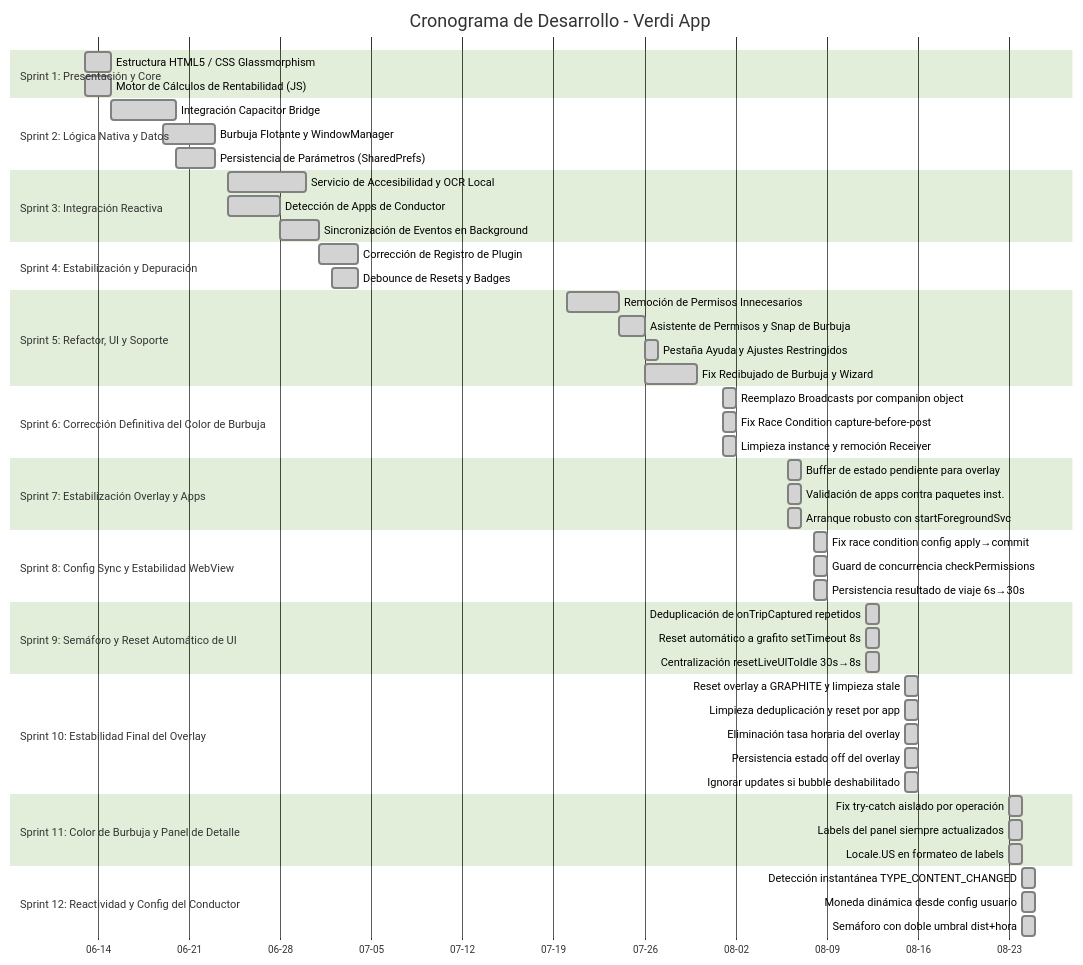
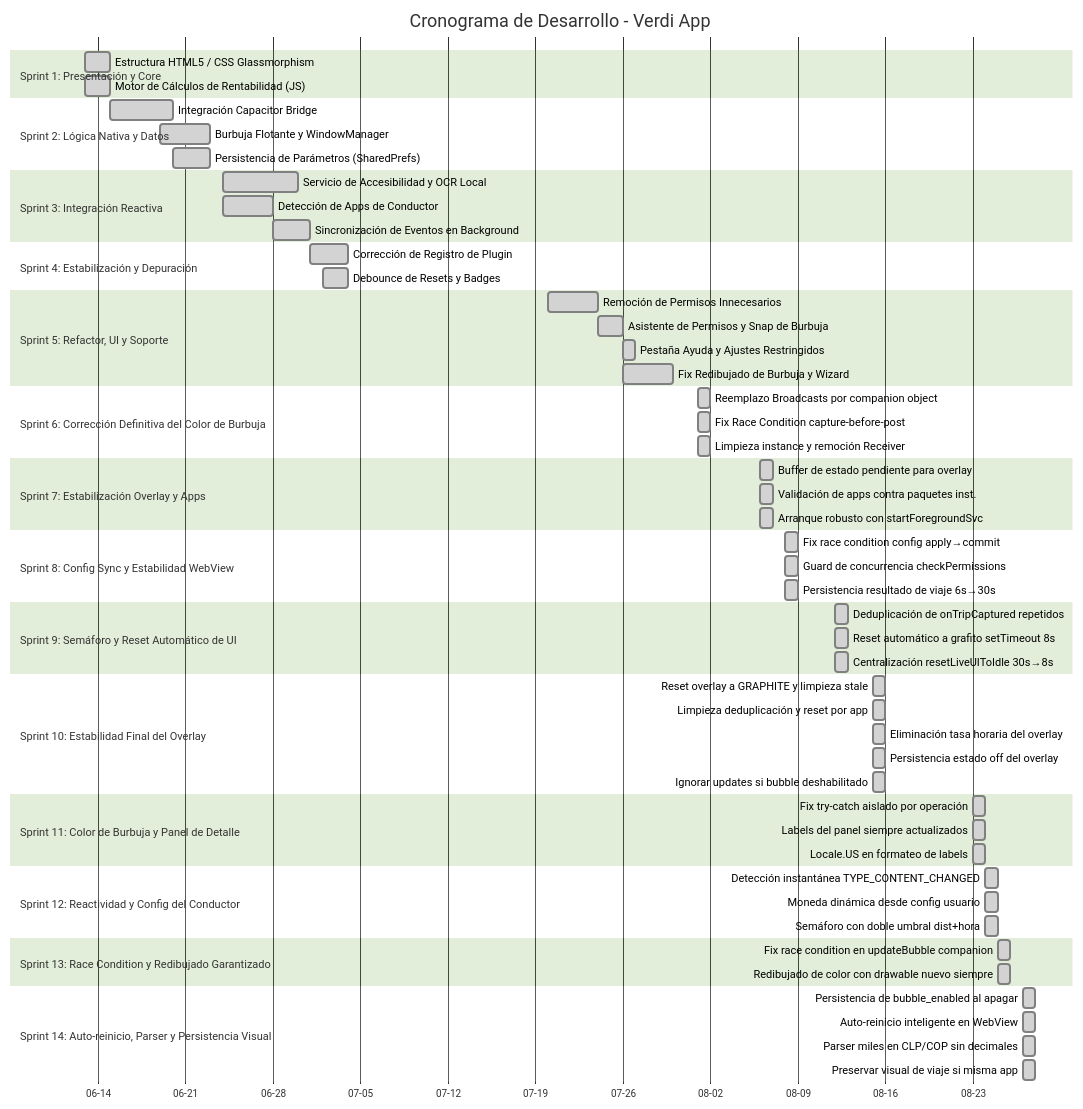
One commit to JorgeFreire95/Verdi changed the diagram in CRONOGRAMA_DESARROLLO.md. Above: the diagram before and after it, drawn with Mermaid (forest theme). The commit also changed other lines of this file and 5 other files, not shown here.

````diff
--- a/CRONOGRAMA_DESARROLLO.md
+++ b/CRONOGRAMA_DESARROLLO.md
@@ -11,67 +11,77 @@
 ```mermaid
 gantt
     title Cronograma de Desarrollo - Verdi App
     dateFormat  YYYY-MM-DD
     axisFormat  %m-%d
     
     section Sprint 1: Presentación y Core
     Estructura HTML5 / CSS Glassmorphism     :done, s1a, 2026-06-13, 2d
     Motor de Cálculos de Rentabilidad (JS)   :done, s1b, 2026-06-13, 2d
     
     section Sprint 2: Lógica Nativa y Datos
     Integración Capacitor Bridge             :done, s2a, 2026-06-15, 5d
     Burbuja Flotante y WindowManager         :done, s2b, 2026-06-19, 4d
     Persistencia de Parámetros (SharedPrefs) :done, s2c, 2026-06-20, 3d
     
     section Sprint 3: Integración Reactiva
     Servicio de Accesibilidad y OCR Local    :done, s3a, 2026-06-24, 6d
     Detección de Apps de Conductor           :done, s3b, 2026-06-24, 4d
     Sincronización de Eventos en Background  :done, s3c, 2026-06-28, 3d
     
     section Sprint 4: Estabilización y Depuración
     Corrección de Registro de Plugin         :done, s4a, 2026-07-01, 3d
     Debounce de Resets y Badges              :done, s4b, 2026-07-02, 2d
     
     section Sprint 5: Refactor, UI y Soporte
     Remoción de Permisos Innecesarios        :done, s5a, 2026-07-20, 4d
     Asistente de Permisos y Snap de Burbuja  :done, s5b, 2026-07-24, 2d
     Pestaña Ayuda y Ajustes Restringidos     :done, s5c, 2026-07-26, 1d
     Fix Redibujado de Burbuja y Wizard       :done, s5d, 2026-07-26, 4d
     
     section Sprint 6: Corrección Definitiva del Color de Burbuja
     Reemplazo Broadcasts por companion object :done, s6a, 2026-08-01, 1d
     Fix Race Condition capture-before-post    :done, s6b, 2026-08-01, 1d
     Limpieza instance y remoción Receiver     :done, s6c, 2026-08-01, 1d
 
     section Sprint 7: Estabilización Overlay y Apps
     Buffer de estado pendiente para overlay   :done, s7a, 2026-08-06, 1d
     Validación de apps contra paquetes inst.  :done, s7b, 2026-08-06, 1d
     Arranque robusto con startForegroundSvc   :done, s7c, 2026-08-06, 1d
 
     section Sprint 8: Config Sync y Estabilidad WebView
     Fix race condition config apply→commit    :done, s8a, 2026-08-08, 1d
     Guard de concurrencia checkPermissions    :done, s8b, 2026-08-08, 1d
     Persistencia resultado de viaje 6s→30s   :done, s8c, 2026-08-08, 1d
 
     section Sprint 9: Semáforo y Reset Automático de UI
     Deduplicación de onTripCaptured repetidos :done, s9a, 2026-08-12, 1d
     Reset automático a grafito setTimeout 8s  :done, s9b, 2026-08-12, 1d
     Centralización resetLiveUIToIdle 30s→8s   :done, s9c, 2026-08-12, 1d
 
     section Sprint 10: Estabilidad Final del Overlay
     Reset overlay a GRAPHITE y limpieza stale :done, s10a, 2026-08-15, 1d
     Limpieza deduplicación y reset por app    :done, s10b, 2026-08-15, 1d
     Eliminación tasa horaria del overlay      :done, s10c, 2026-08-15, 1d
     Persistencia estado off del overlay       :done, s10d, 2026-08-15, 1d
     Ignorar updates si bubble deshabilitado   :done, s10e, 2026-08-15, 1d
 
     section Sprint 11: Color de Burbuja y Panel de Detalle
     Fix try-catch aislado por operación      :done, s11a, 2026-08-23, 1d
     Labels del panel siempre actualizados    :done, s11b, 2026-08-23, 1d
     Locale.US en formateo de labels          :done, s11c, 2026-08-23, 1d
 
     section Sprint 12: Reactividad y Config del Conductor
     Detección instantánea TYPE_CONTENT_CHANGED :done, s12a, 2026-08-24, 1d
     Moneda dinámica desde config usuario       :done, s12b, 2026-08-24, 1d
     Semáforo con doble umbral dist+hora        :done, s12c, 2026-08-24, 1d
+
+    section Sprint 13: Race Condition y Redibujado Garantizado
+    Fix race condition en updateBubble companion   :done, s13a, 2026-08-25, 1d
+    Redibujado de color con drawable nuevo siempre :done, s13b, 2026-08-25, 1d
+    
+    section Sprint 14: Auto-reinicio, Parser y Persistencia Visual
+    Persistencia de bubble_enabled al apagar    :done, s14a, 2026-08-27, 1d
+    Auto-reinicio inteligente en WebView        :done, s14b, 2026-08-27, 1d
+    Parser miles en CLP/COP sin decimales       :done, s14c, 2026-08-27, 1d
+    Preservar visual de viaje si misma app      :done, s14d, 2026-08-27, 1d
 ```
````
